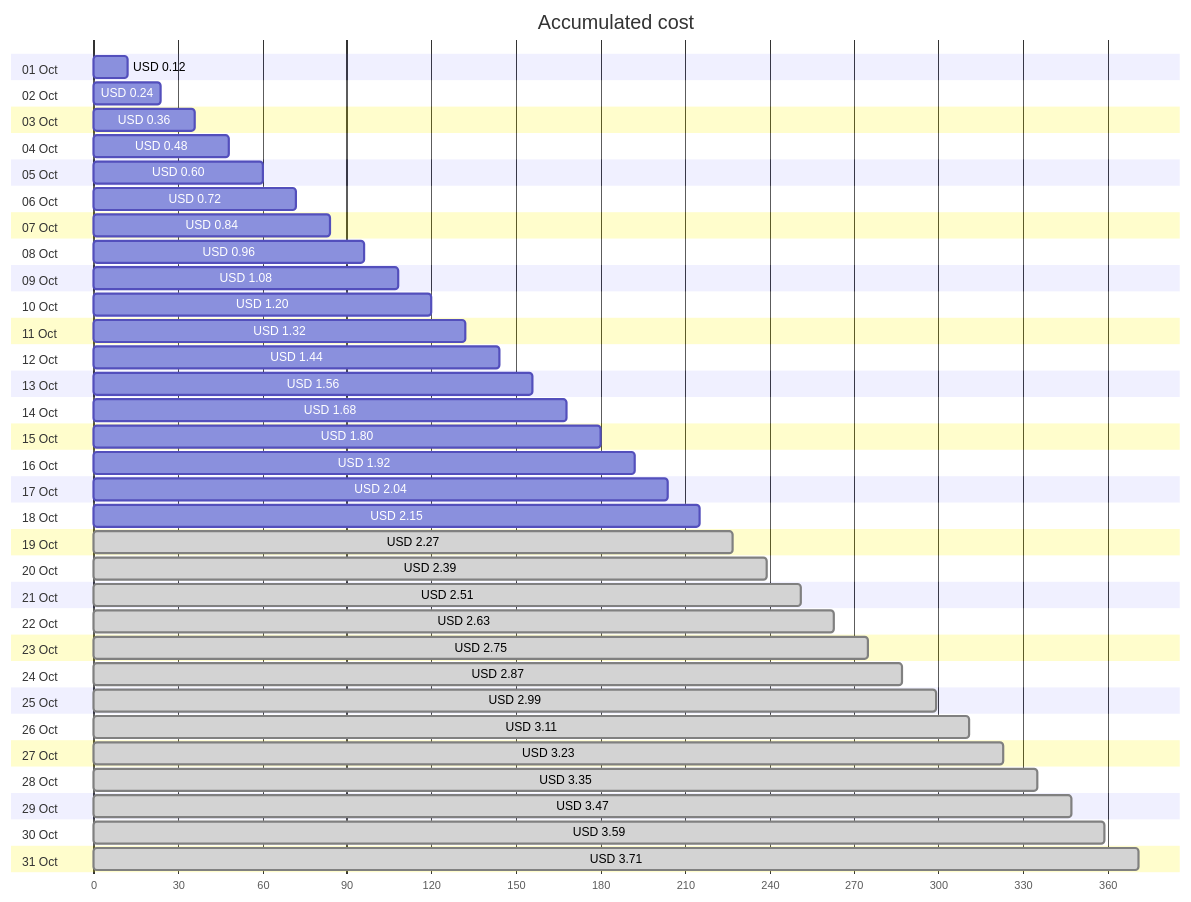
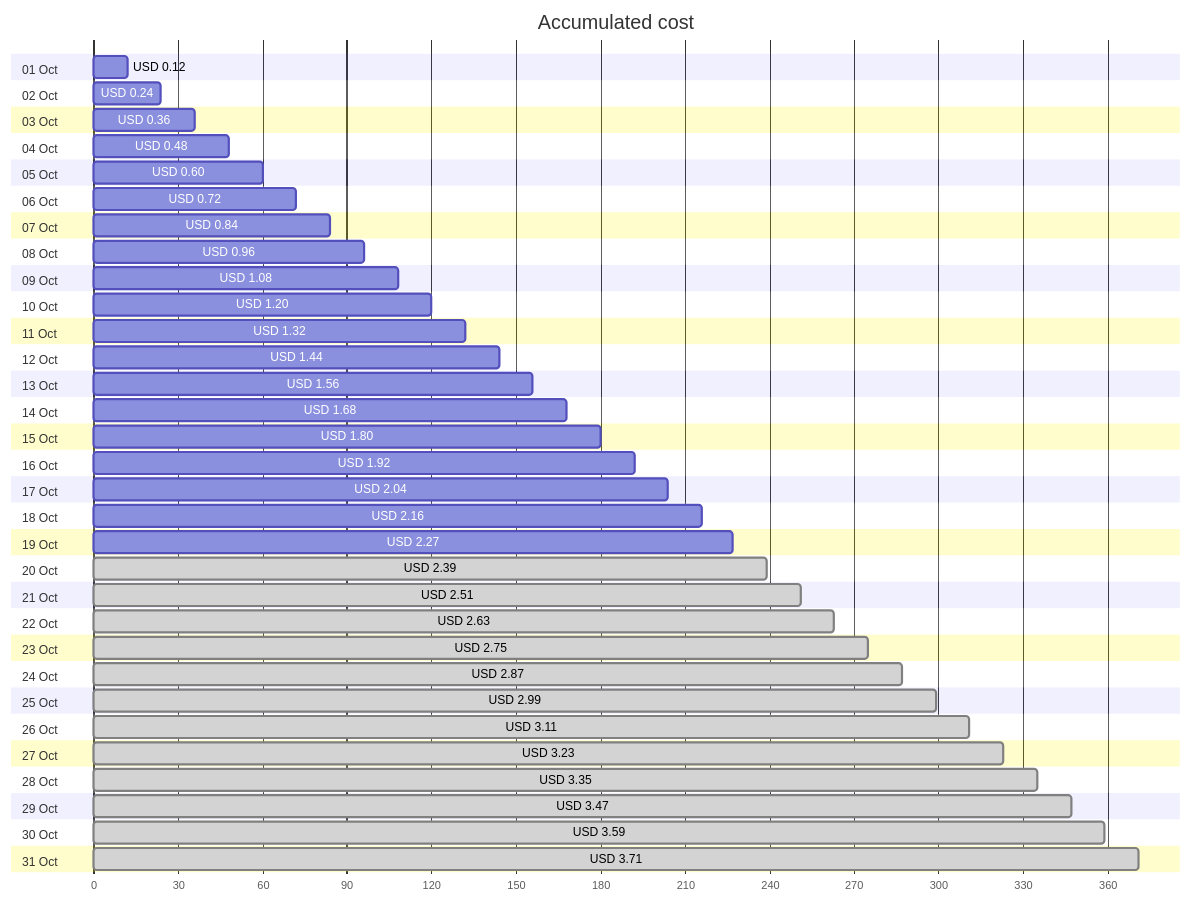
Before and after one commit to jpfulton/azure-personal-reports: the first of 4 diagrams in cost-reports/personal-network/backup-server-public-ip.md, drawn with Mermaid. The commit also changed other lines of this file and 8 other files, not shown here.

````diff
--- a/cost-reports/personal-network/backup-server-public-ip.md
+++ b/cost-reports/personal-network/backup-server-public-ip.md
@@ -20,68 +20,68 @@
 ```mermaid
 gantt
    title Accumulated cost
    dateFormat  X
    axisFormat %s
    section 01 Oct
    USD 0.12 :0, 12
    section 02 Oct
    USD 0.24 :0, 24
    section 03 Oct
    USD 0.36 :0, 36
    section 04 Oct
    USD 0.48 :0, 48
    section 05 Oct
    USD 0.60 :0, 60
    section 06 Oct
    USD 0.72 :0, 72
    section 07 Oct
    USD 0.84 :0, 84
    section 08 Oct
    USD 0.96 :0, 96
    section 09 Oct
    USD 1.08 :0, 108
    section 10 Oct
    USD 1.20 :0, 120
    section 11 Oct
    USD 1.32 :0, 132
    section 12 Oct
    USD 1.44 :0, 144
    section 13 Oct
    USD 1.56 :0, 156
    section 14 Oct
    USD 1.68 :0, 168
    section 15 Oct
    USD 1.80 :0, 180
    section 16 Oct
    USD 1.92 :0, 192
    section 17 Oct
    USD 2.04 :0, 204
    section 18 Oct
-   USD 2.15 :0, 215
+   USD 2.16 :0, 216
    section 19 Oct
-   USD 2.27 : done, 0, 227
+   USD 2.27 :0, 227
    section 20 Oct
    USD 2.39 : done, 0, 239
    section 21 Oct
    USD 2.51 : done, 0, 251
    section 22 Oct
    USD 2.63 : done, 0, 263
    section 23 Oct
    USD 2.75 : done, 0, 275
    section 24 Oct
    USD 2.87 : done, 0, 287
    section 25 Oct
    USD 2.99 : done, 0, 299
    section 26 Oct
    USD 3.11 : done, 0, 311
    section 27 Oct
    USD 3.23 : done, 0, 323
    section 28 Oct
    USD 3.35 : done, 0, 335
    section 29 Oct
    USD 3.47 : done, 0, 347
    section 30 Oct
    USD 3.59 : done, 0, 359
    section 31 Oct
    USD 3.71 : done, 0, 371
 ```
````
